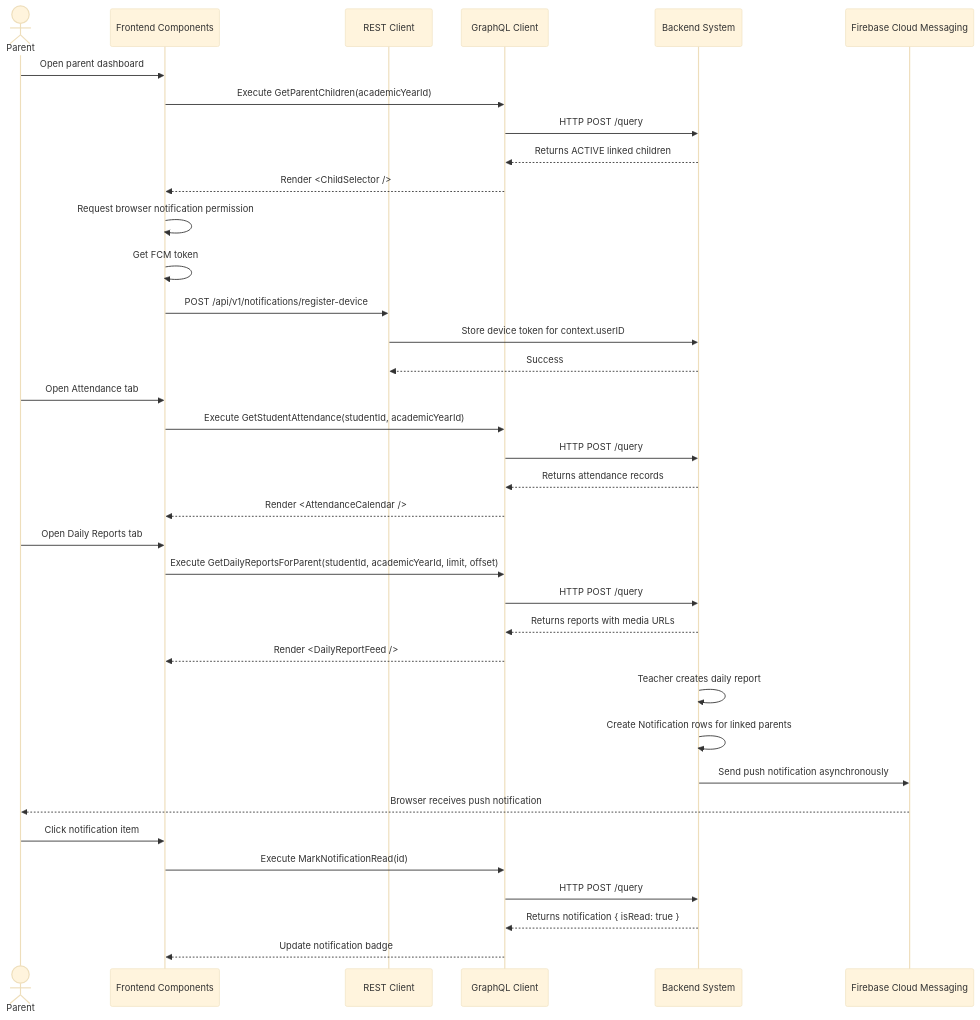
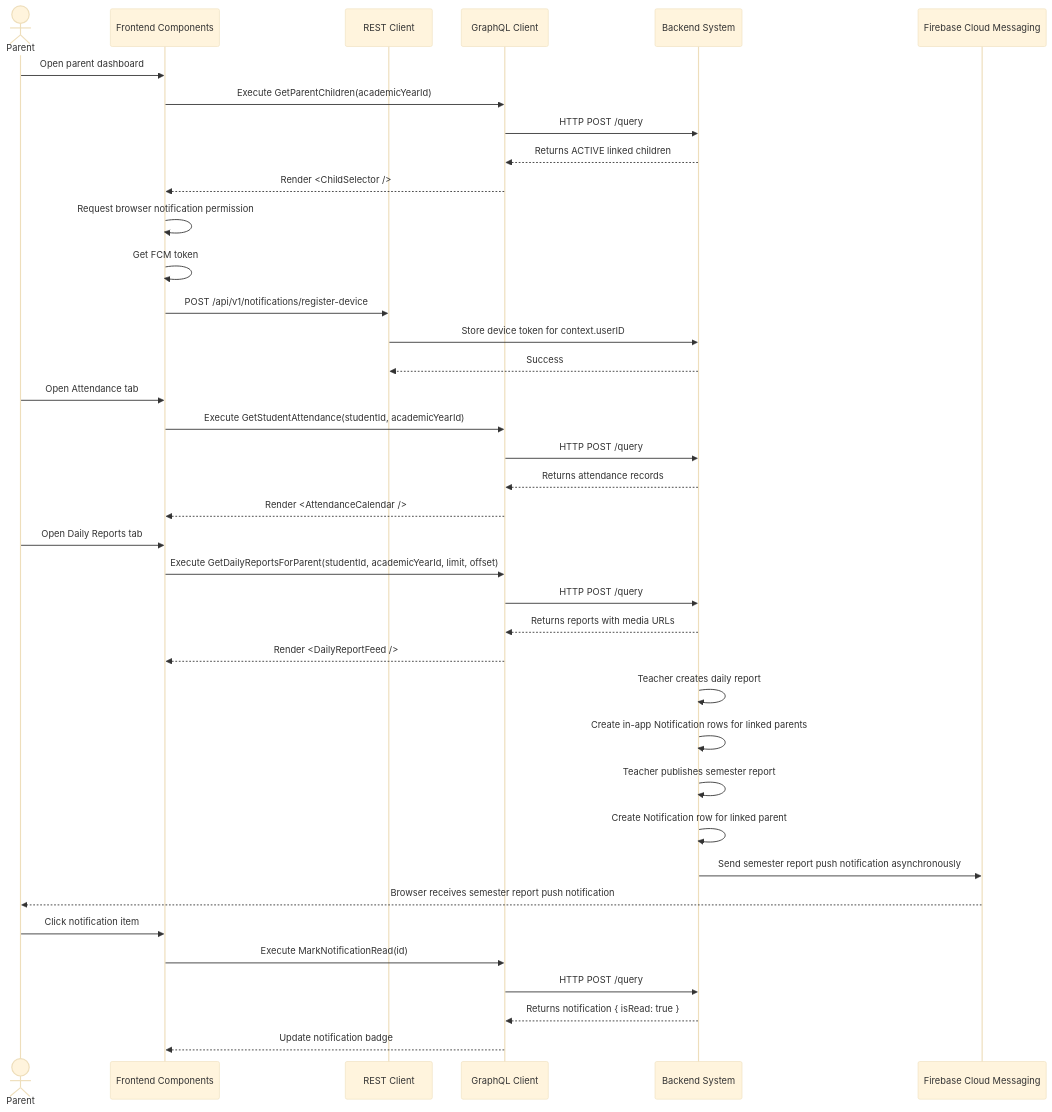
One commit to iftikharfadjar/docs-kindergarten-mgt changed the diagram in docs/workflow/parent-monitoring-and-engagement(low).md. Above: the diagram before and after it, drawn with Mermaid (base theme). The commit also changed other lines of this file and 34 other files, not shown here.

````diff
--- a/docs/workflow/parent-monitoring-and-engagement(low).md
+++ b/docs/workflow/parent-monitoring-and-engagement(low).md
@@ -295,50 +296,54 @@
 ```mermaid
 sequenceDiagram
     actor Parent
     participant UI as Frontend Components
     participant REST as REST Client
     participant GQL as GraphQL Client
     participant API as Backend System
     participant FCM as Firebase Cloud Messaging
 
     %% Dashboard boot
     Parent->>UI: Open parent dashboard
     UI->>GQL: Execute GetParentChildren(academicYearId)
     GQL->>API: HTTP POST /query
     API-->>GQL: Returns ACTIVE linked children
     GQL-->>UI: Render <ChildSelector />
 
     %% Register device
     UI->>UI: Request browser notification permission
     UI->>UI: Get FCM token
     UI->>REST: POST /api/v1/notifications/register-device
     REST->>API: Store device token for context.userID
     API-->>REST: Success
 
     %% Attendance
     Parent->>UI: Open Attendance tab
     UI->>GQL: Execute GetStudentAttendance(studentId, academicYearId)
     GQL->>API: HTTP POST /query
     API-->>GQL: Returns attendance records
     GQL-->>UI: Render <AttendanceCalendar />
 
     %% Daily reports
     Parent->>UI: Open Daily Reports tab
     UI->>GQL: Execute GetDailyReportsForParent(studentId, academicYearId, limit, offset)
     GQL->>API: HTTP POST /query
     API-->>GQL: Returns reports with media URLs
     GQL-->>UI: Render <DailyReportFeed />
 
-    %% Notification produced by teacher report
+    %% In-app notification produced by teacher report
     API->>API: Teacher creates daily report
-    API->>API: Create Notification rows for linked parents
-    API->>FCM: Send push notification asynchronously
-    FCM-->>Parent: Browser receives push notification
+    API->>API: Create in-app Notification rows for linked parents
+
+    %% Push notification produced by semester report publish
+    API->>API: Teacher publishes semester report
+    API->>API: Create Notification row for linked parent
+    API->>FCM: Send semester report push notification asynchronously
+    FCM-->>Parent: Browser receives semester report push notification
 
     %% Read notification
     Parent->>UI: Click notification item
     UI->>GQL: Execute MarkNotificationRead(id)
     GQL->>API: HTTP POST /query
     API-->>GQL: Returns notification { isRead: true }
     GQL-->>UI: Update notification badge
 ```
````
